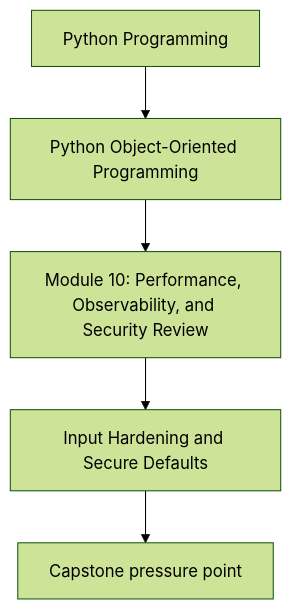
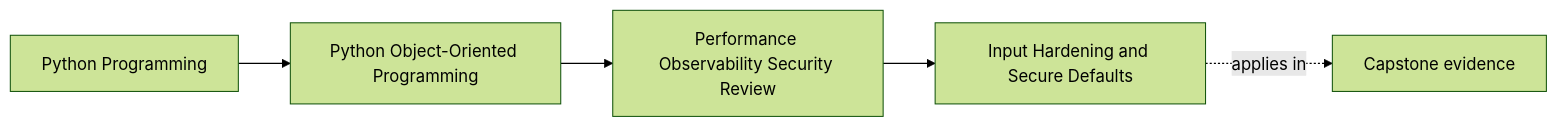
The first of 2 diagrams in programs/python-programming/python-object-oriented-programming/course-book/module-10-performance-observability-security-review/input-hardening-and-secure-defaults.md (bijux/bijux-masterclass), drawn with Mermaid (forest theme) before and after one commit. The commit also changed other lines of this file and 103 other files, not shown here.

Commit message:
docs(python-object-oriented-programming): map sustainment and capstone surfaces

````diff
--- a/programs/python-programming/python-object-oriented-programming/course-book/module-10-performance-observability-security-review/input-hardening-and-secure-defaults.md
+++ b/programs/python-programming/python-object-oriented-programming/course-book/module-10-performance-observability-security-review/input-hardening-and-secure-defaults.md
@@ -7,7 +7,11 @@
 ```mermaid
-flowchart TD
-  family["Python Programming"] --> program["Python Object-Oriented Programming"]
-  program --> module["Module 10: Performance, Observability, and Security Review"]
-  module --> concept["Input Hardening and Secure Defaults"]
-  concept --> capstone["Capstone pressure point"]
+graph LR
+  family["Python Programming"]
+  program["Python Object-Oriented Programming"]
+  section["Performance Observability Security Review"]
+  page["Input Hardening and Secure Defaults"]
+  capstone["Capstone evidence"]
+
+  family --> program --> section --> page
+  page -.applies in.-> capstone
 ```
````
